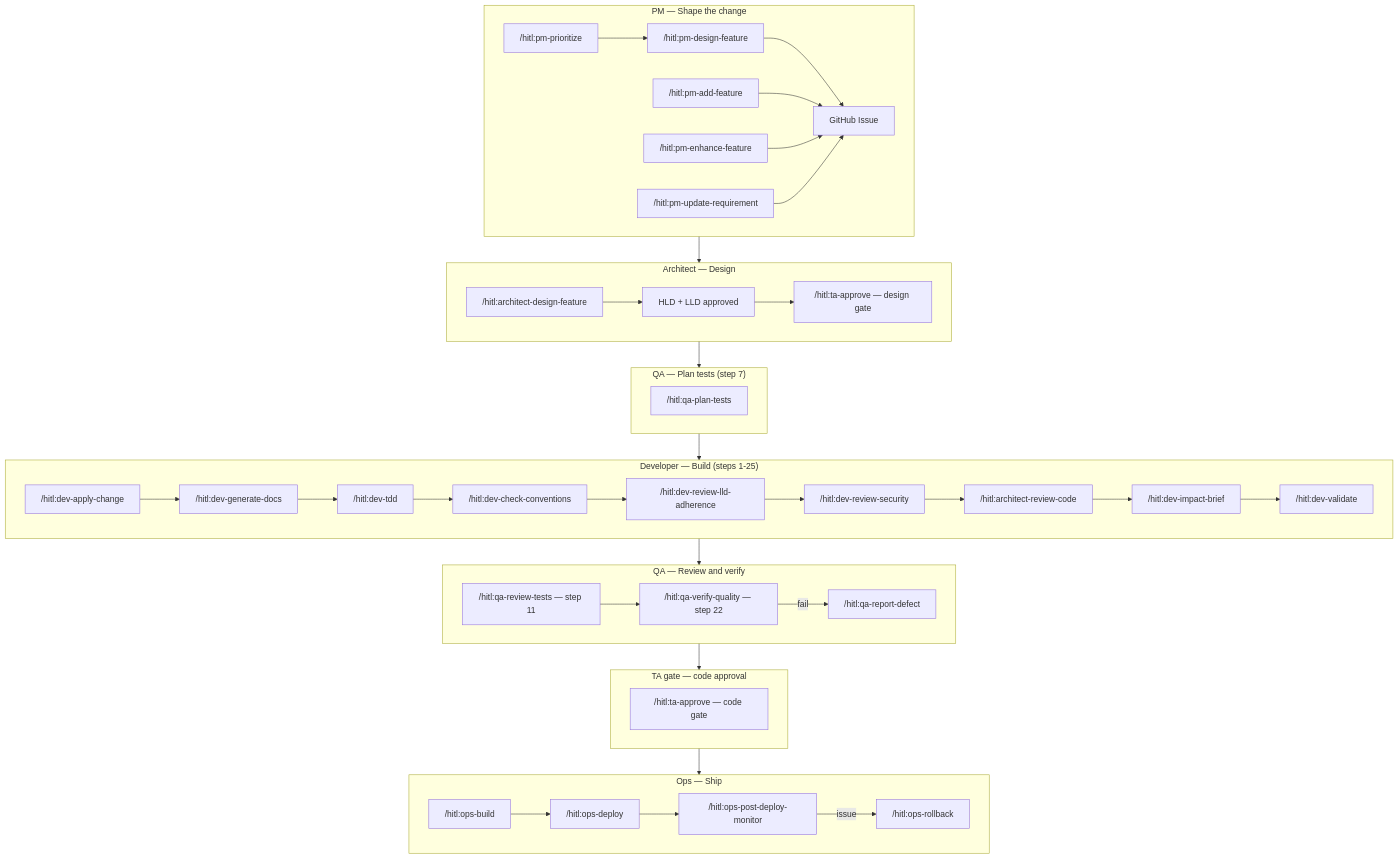
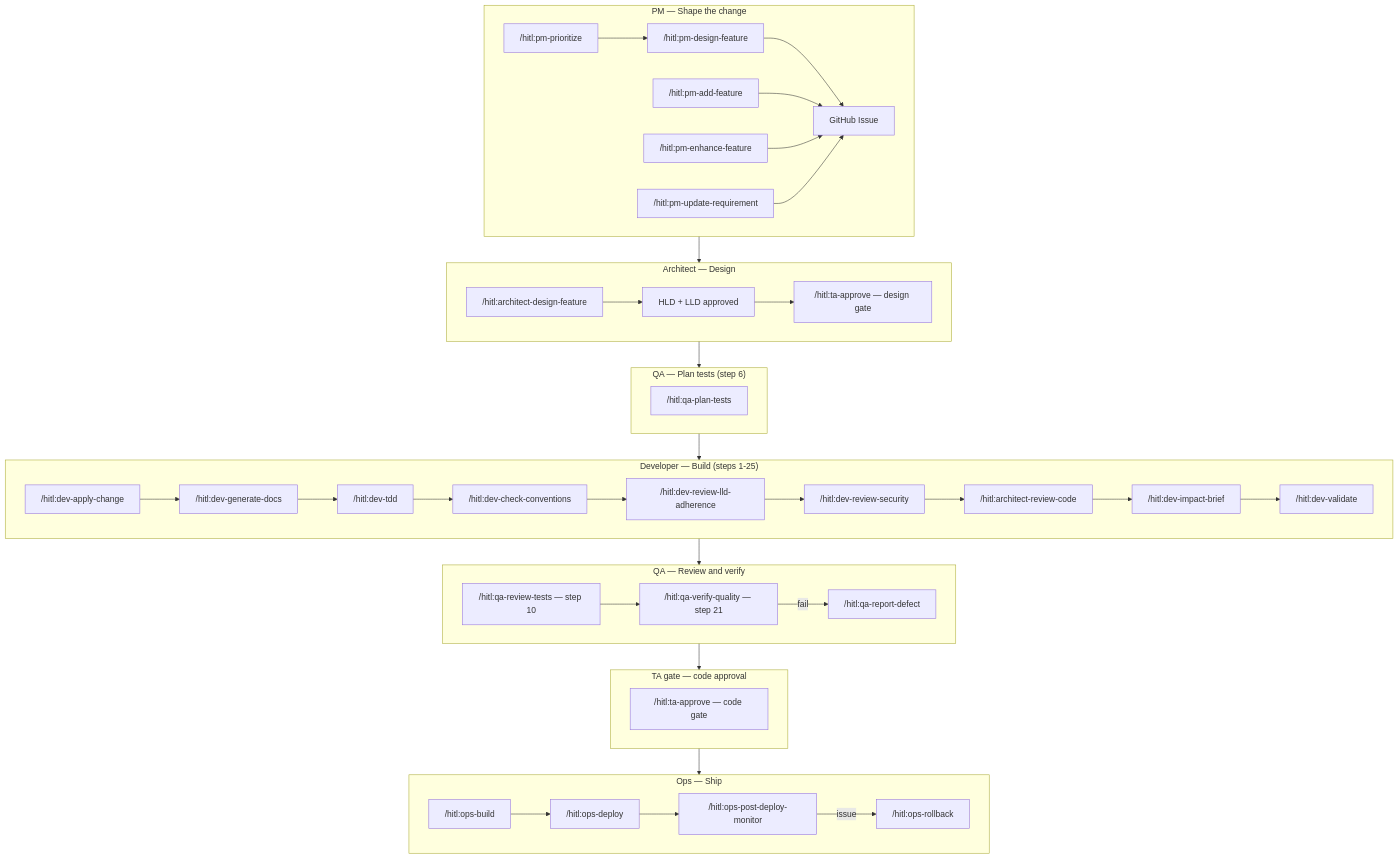
Before and after one commit to Prasad-Apparaju/hitl-dev-platform: the third of 4 diagrams in docs/command-map.md, drawn with Mermaid. The commit also changed other lines of this file and 14 other files, not shown here.

````diff
--- a/docs/command-map.md
+++ b/docs/command-map.md
@@ -71,67 +71,67 @@
 ```mermaid
 graph TB
   subgraph PM_PHASE["PM — Shape the change"]
     pm1["/hitl:pm-prioritize"]
     pm2["/hitl:pm-design-feature"]
     pm3["/hitl:pm-add-feature"]
     pm4["/hitl:pm-enhance-feature"]
     pm5["/hitl:pm-update-requirement"]
     issue["GitHub Issue"]
     pm1 --> pm2 --> issue
     pm3 --> issue
     pm4 --> issue
     pm5 --> issue
   end
 
   subgraph ARCH_PHASE["Architect — Design"]
     a1["/hitl:architect-design-feature"]
     a2["HLD + LLD approved"]
     ta1["/hitl:ta-approve — design gate"]
     a1 --> a2 --> ta1
   end
 
-  subgraph QA_PLAN["QA — Plan tests (step 7)"]
+  subgraph QA_PLAN["QA — Plan tests (step 6)"]
     q1["/hitl:qa-plan-tests"]
   end
 
   subgraph DEV_PHASE["Developer — Build (steps 1-25)"]
     d1["/hitl:dev-apply-change"]
     d2["/hitl:dev-generate-docs"]
     d3["/hitl:dev-tdd"]
     d4["/hitl:dev-check-conventions"]
     d5["/hitl:dev-review-lld-adherence"]
     d6["/hitl:dev-review-security"]
     d7["/hitl:architect-review-code"]
     d8["/hitl:dev-impact-brief"]
     d9["/hitl:dev-validate"]
     d1 --> d2 --> d3 --> d4 --> d5 --> d6 --> d7 --> d8 --> d9
   end
 
   subgraph QA_REVIEW["QA — Review and verify"]
-    q2["/hitl:qa-review-tests — step 11"]
-    q3["/hitl:qa-verify-quality — step 22"]
+    q2["/hitl:qa-review-tests — step 10"]
+    q3["/hitl:qa-verify-quality — step 21"]
     q4["/hitl:qa-report-defect"]
     q2 --> q3
     q3 -->|"fail"| q4
   end
 
   subgraph GATE["TA gate — code approval"]
     ta2["/hitl:ta-approve — code gate"]
   end
 
   subgraph OPS_PHASE["Ops — Ship"]
     o1["/hitl:ops-build"]
     o2["/hitl:ops-deploy"]
     o3["/hitl:ops-post-deploy-monitor"]
     o4["/hitl:ops-rollback"]
     o1 --> o2 --> o3
     o3 -->|"issue"| o4
   end
 
   PM_PHASE --> ARCH_PHASE
   ARCH_PHASE --> QA_PLAN
   QA_PLAN --> DEV_PHASE
   DEV_PHASE --> QA_REVIEW
   QA_REVIEW --> GATE
   GATE --> OPS_PHASE
 ```
````
